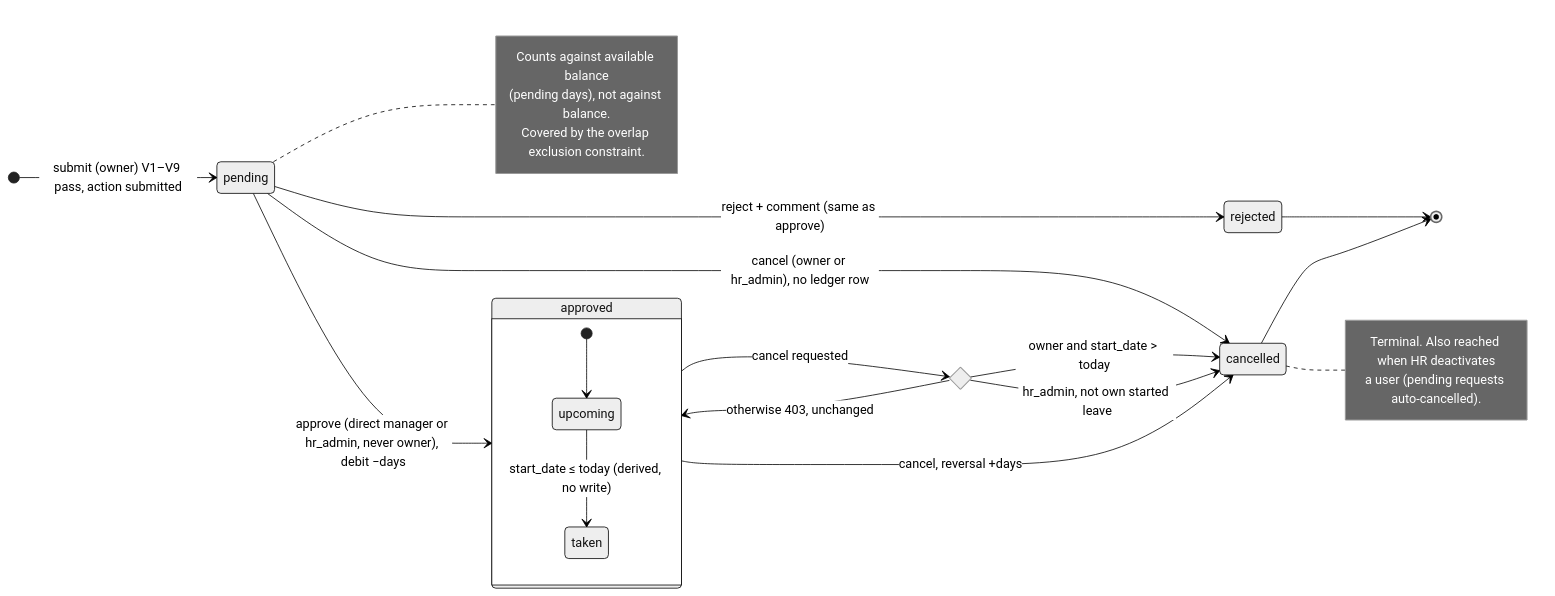
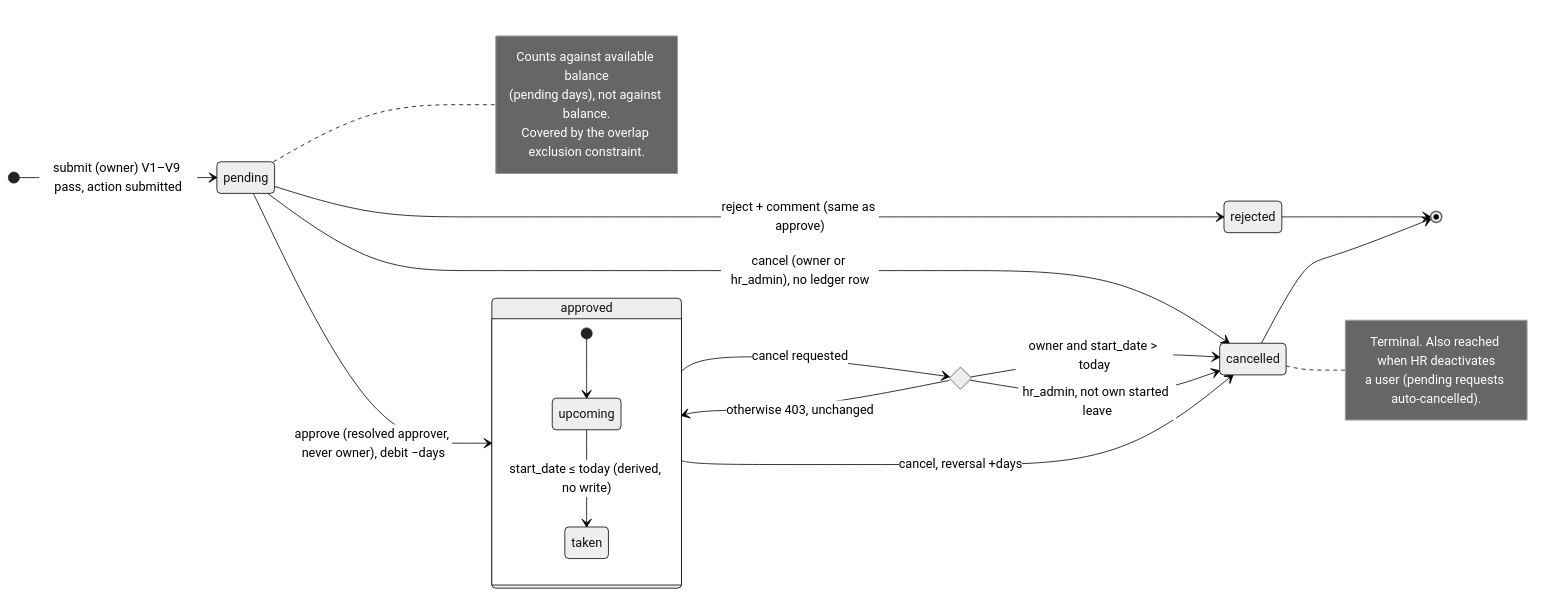
Before and after one commit to heyadityak/lms: the diagram in docs/diagrams/07-state-diagram.md, drawn with Mermaid (neutral theme). The commit also changed other lines of this file and 166 other files, not shown here.

````diff
--- a/docs/diagrams/07-state-diagram.md
+++ b/docs/diagrams/07-state-diagram.md
@@ -5,33 +5,33 @@
 ```mermaid
 stateDiagram-v2
     direction LR
     [*] --> pending : submit (owner) V1–V9 pass, action submitted
-    pending --> approved : approve (direct manager or hr_admin, never owner), debit −days
+    pending --> approved : approve (resolved approver, never owner), debit −days
     pending --> rejected : reject + comment (same as approve)
     pending --> cancelled : cancel (owner or hr_admin), no ledger row
     approved --> cancelled : cancel, reversal +days
 
     state approved {
         [*] --> upcoming
         upcoming --> taken : start_date ≤ today (derived, no write)
     }
 
     state cancel_check <<choice>>
     approved --> cancel_check : cancel requested
     cancel_check --> cancelled : owner and start_date > today
     cancel_check --> cancelled : hr_admin, not own started leave
     cancel_check --> approved : otherwise 403, unchanged
 
     rejected --> [*]
     cancelled --> [*]
 
     note right of pending
         Counts against available balance
         (pending days), not against balance.
         Covered by the overlap exclusion constraint.
     end note
     note right of cancelled
         Terminal. Also reached when HR deactivates
         a user (pending requests auto-cancelled).
     end note
 ```
````
